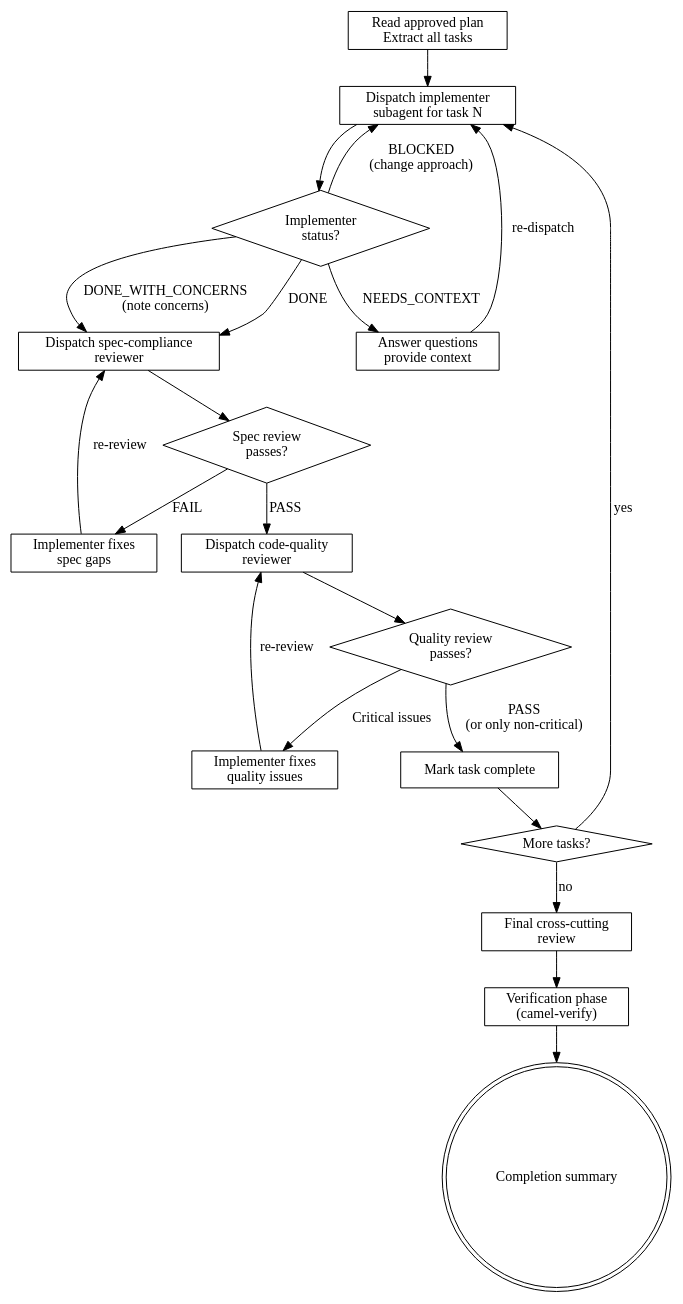
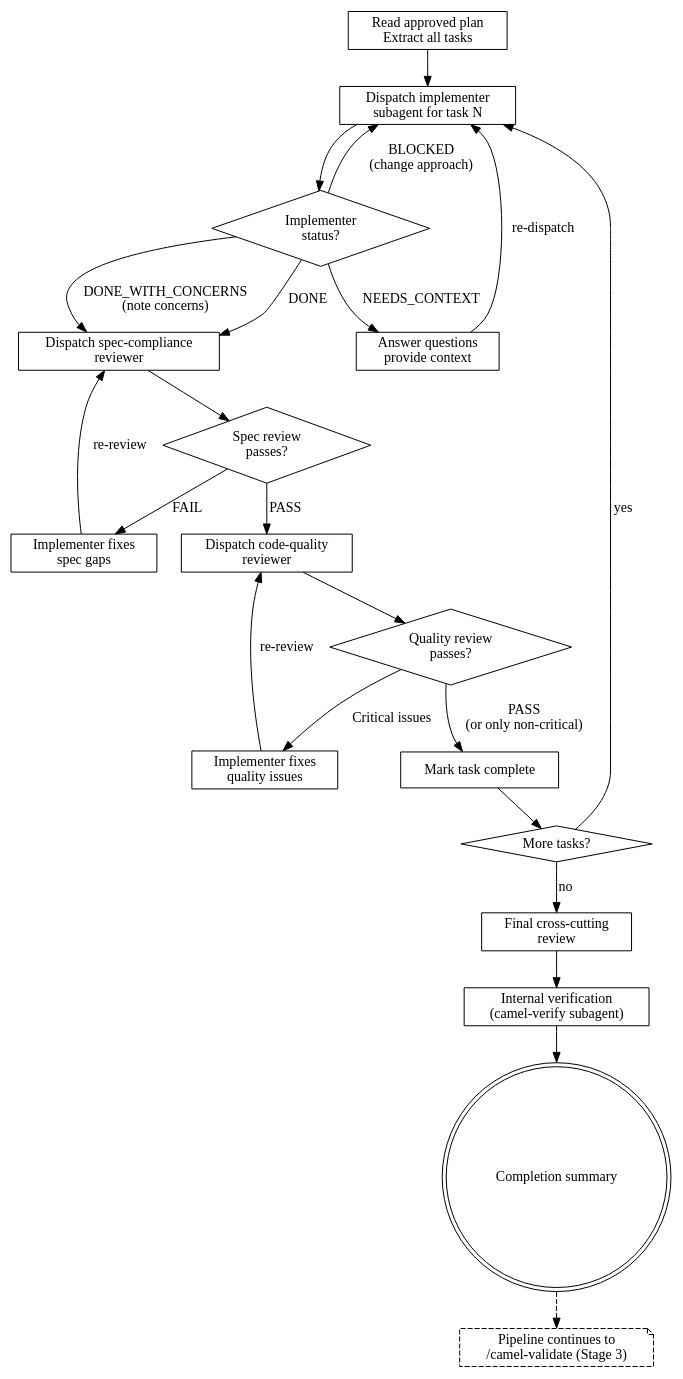
One commit to luigidemasi/camel-kit changed the diagram in camel-kit-core/src/main/resources/skills/camel-execute/SKILL.md. Above: the diagram before and after it, drawn with Graphviz. The commit also changed other lines of this file and 14 other files, not shown here.

First line of the commit message:
fix #63: promote validate to Tier 1, internalize verify as subagent-only

````diff
--- a/camel-kit-core/src/main/resources/skills/camel-execute/SKILL.md
+++ b/camel-kit-core/src/main/resources/skills/camel-execute/SKILL.md
@@ -25,48 +25,50 @@
 ```dot
 digraph execute {
     rankdir=TB;
     
     start [label="Read approved plan\nExtract all tasks", shape=box];
     dispatch [label="Dispatch implementer\nsubagent for task N", shape=box];
     impl_status [label="Implementer\nstatus?", shape=diamond];
     answer_q [label="Answer questions\nprovide context", shape=box];
     
     spec_review [label="Dispatch spec-compliance\nreviewer", shape=box];
     spec_pass [label="Spec review\npasses?", shape=diamond];
     spec_fix [label="Implementer fixes\nspec gaps", shape=box];
     
     quality_review [label="Dispatch code-quality\nreviewer", shape=box];
     quality_pass [label="Quality review\npasses?", shape=diamond];
     quality_fix [label="Implementer fixes\nquality issues", shape=box];
     
     mark_done [label="Mark task complete", shape=box];
     more [label="More tasks?", shape=diamond];
     final [label="Final cross-cutting\nreview", shape=box];
-    verify [label="Verification phase\n(camel-verify)", shape=box];
+    verify [label="Internal verification\n(camel-verify subagent)", shape=box];
     done [label="Completion summary", shape=doublecircle];
+    next [label="Pipeline continues to\n/camel-validate (Stage 3)", shape=note, style=dashed];
     
     start -> dispatch;
     dispatch -> impl_status;
     impl_status -> answer_q [label="NEEDS_CONTEXT"];
     answer_q -> dispatch [label="re-dispatch"];
     impl_status -> spec_review [label="DONE"];
     impl_status -> spec_review [label="DONE_WITH_CONCERNS\n(note concerns)"];
     impl_status -> dispatch [label="BLOCKED\n(change approach)"];
     
     spec_review -> spec_pass;
     spec_pass -> spec_fix [label="FAIL"];
     spec_fix -> spec_review [label="re-review"];
     spec_pass -> quality_review [label="PASS"];
     
     quality_review -> quality_pass;
     quality_pass -> quality_fix [label="Critical issues"];
     quality_fix -> quality_review [label="re-review"];
     quality_pass -> mark_done [label="PASS\n(or only non-critical)"];
     
     mark_done -> more;
     more -> dispatch [label="yes"];
     more -> final [label="no"];
     final -> verify;
     verify -> done;
+    done -> next [style=dashed];
 }
 ```
````
